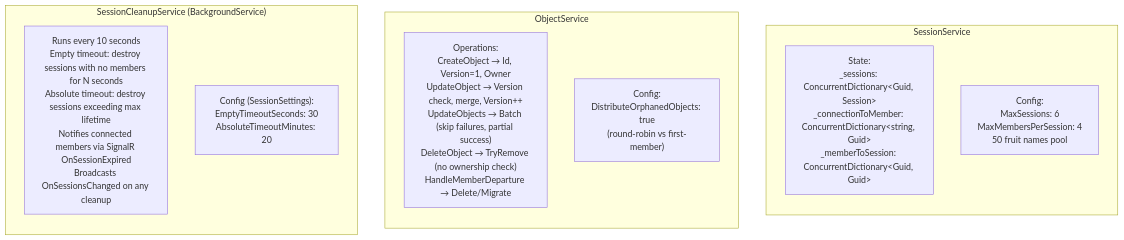
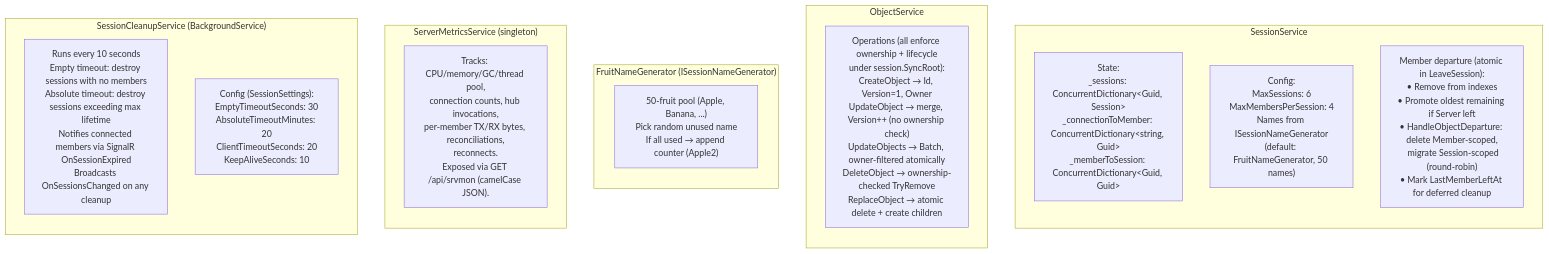
The third of 33 diagrams in ARCHITECTURE.md (badvoidstar/asteroids), drawn with Mermaid before and after one commit. The commit also changed other lines of this file, not shown here.

First line of the commit message:
docs: update ARCHITECTURE.md to current code state

````diff
--- a/ARCHITECTURE.md
+++ b/ARCHITECTURE.md
@@ -85,20 +85,30 @@
 ```mermaid
 graph TB
     subgraph "SessionService"
         direction TB
         SS_DICT["State:<br/>_sessions: ConcurrentDictionary&lt;Guid, Session&gt;<br/>_connectionToMember: ConcurrentDictionary&lt;string, Guid&gt;<br/>_memberToSession: ConcurrentDictionary&lt;Guid, Guid&gt;"]
-        SS_CFG["Config:<br/>MaxSessions: 6<br/>MaxMembersPerSession: 4<br/>50 fruit names pool"]
+        SS_CFG["Config:<br/>MaxSessions: 6<br/>MaxMembersPerSession: 4<br/>Names from ISessionNameGenerator<br/>(default: FruitNameGenerator, 50 names)"]
+        SS_DEP["Member departure (atomic in LeaveSession):<br/>• Remove from indexes<br/>• Promote oldest remaining if Server left<br/>• HandleObjectDeparture: delete Member-scoped,<br/>  migrate Session-scoped (round-robin)<br/>• Mark LastMemberLeftAt for deferred cleanup"]
     end
 
     subgraph "ObjectService"
         direction TB
-        OS_OPS["Operations:<br/>CreateObject → Id, Version=1, Owner<br/>UpdateObject → Version check, merge, Version++<br/>UpdateObjects → Batch (skip failures, partial success)<br/>DeleteObject → TryRemove (no ownership check)<br/>HandleMemberDeparture → Delete/Migrate"]
-        OS_CFG["Config:<br/>DistributeOrphanedObjects: true<br/>(round-robin vs first-member)"]
+        OS_OPS["Operations (all enforce ownership + lifecycle<br/>under session.SyncRoot):<br/>CreateObject → Id, Version=1, Owner<br/>UpdateObject → merge, Version++ (no ownership check)<br/>UpdateObjects → Batch, owner-filtered atomically<br/>DeleteObject → ownership-checked TryRemove<br/>ReplaceObject → atomic delete + create children"]
+    end
+
+    subgraph "FruitNameGenerator (ISessionNameGenerator)"
+        direction TB
+        FNG["50-fruit pool (Apple, Banana, ...)<br/>Pick random unused name<br/>If all used → append counter (Apple2)"]
+    end
+
+    subgraph "ServerMetricsService (singleton)"
+        direction TB
+        SMS["Tracks: CPU/memory/GC/thread pool,<br/>connection counts, hub invocations,<br/>per-member TX/RX bytes, reconciliations,<br/>reconnects.<br/>Exposed via GET /api/srvmon (camelCase JSON)."]
     end
 
     subgraph "SessionCleanupService (BackgroundService)"
         direction TB
-        SCS_OPS["Runs every 10 seconds<br/>Empty timeout: destroy sessions with no members for N seconds<br/>Absolute timeout: destroy sessions exceeding max lifetime<br/>Notifies connected members via SignalR OnSessionExpired<br/>Broadcasts OnSessionsChanged on any cleanup"]
-        SCS_CFG["Config (SessionSettings):<br/>EmptyTimeoutSeconds: 30<br/>AbsoluteTimeoutMinutes: 20"]
+        SCS_OPS["Runs every 10 seconds<br/>Empty timeout: destroy sessions with no members<br/>Absolute timeout: destroy sessions exceeding max lifetime<br/>Notifies connected members via SignalR OnSessionExpired<br/>Broadcasts OnSessionsChanged on any cleanup"]
+        SCS_CFG["Config (SessionSettings):<br/>EmptyTimeoutSeconds: 30<br/>AbsoluteTimeoutMinutes: 20<br/>ClientTimeoutSeconds: 20<br/>KeepAliveSeconds: 10"]
     end
 ```
````
